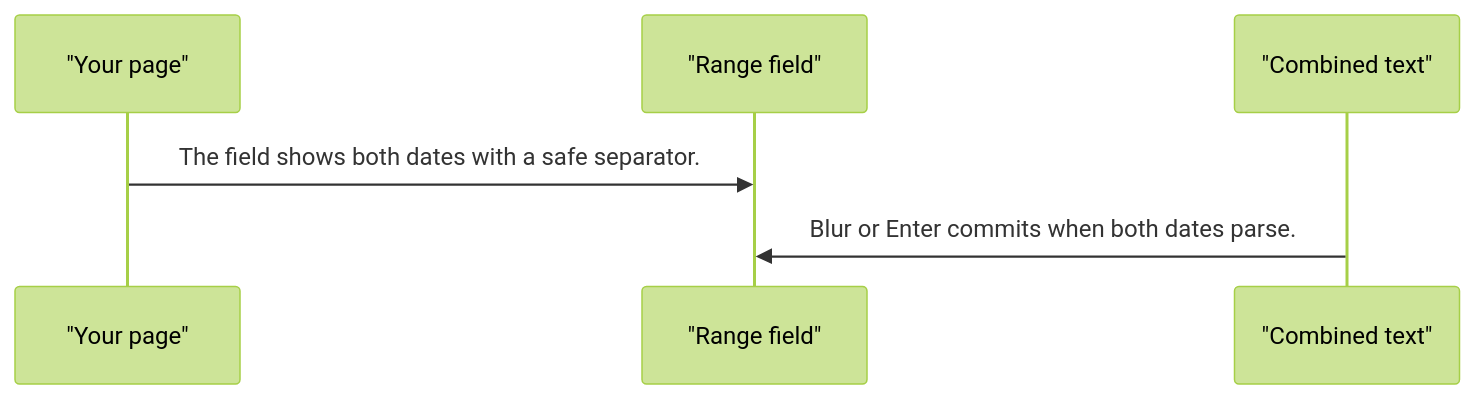
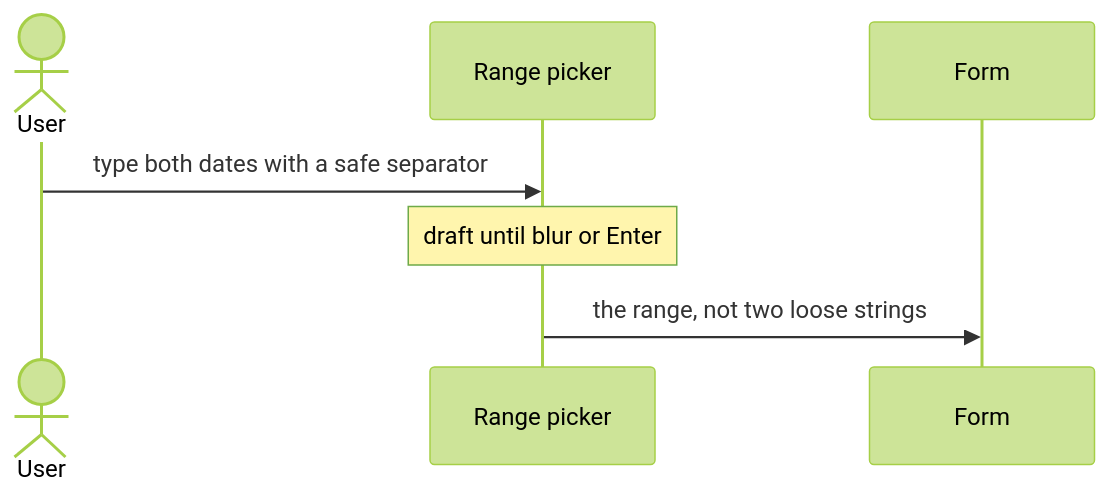
The second of 3 diagrams in projects/pixel-ui/src/lib/pixel-date-range-picker/DESIGN.md (RajshekharBorate/pixel-ui), drawn with Mermaid (forest theme) before and after one commit. The commit also changed other lines of this file and 73 other files, not shown here.

Commit message:
Explain who owns each value and what each flow does in every component and service design.

````diff
--- a/projects/pixel-ui/src/lib/pixel-date-range-picker/DESIGN.md
+++ b/projects/pixel-ui/src/lib/pixel-date-range-picker/DESIGN.md
@@ -48,8 +58,9 @@
 ```mermaid
 sequenceDiagram
-  participant page as "Your page"
-  participant field as "Range field"
-  participant text as "Combined text"
-  page->>field: The field shows both dates with a safe separator.
-  text->>field: Blur or Enter commits when both dates parse.
+  actor User
+  participant Field as Range picker
+  participant Form
+  User->>Field: type both dates with a safe separator
+  Note over Field: draft until blur or Enter
+  Field->>Form: the range, not two loose strings
 ```
````
